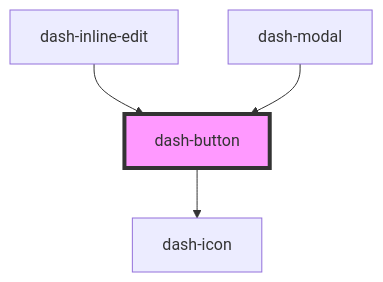
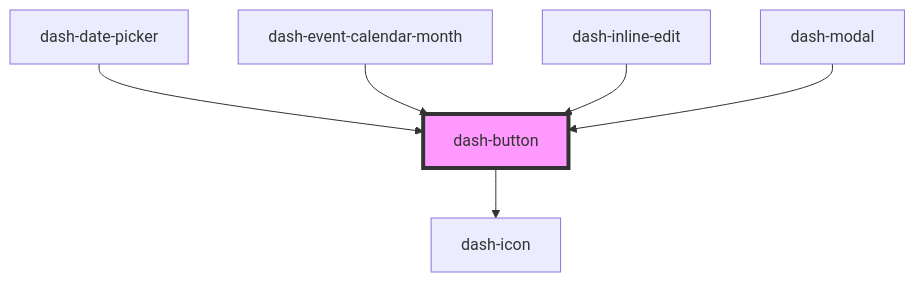
The diagram in packages/dash-components/src/components/dash-button/readme.md (jmanke/dash), drawn with Mermaid before and after one commit. The commit also changed other lines of this file and 15 other files, not shown here.

````diff
--- a/packages/dash-components/src/components/dash-button/readme.md
+++ b/packages/dash-components/src/components/dash-button/readme.md
@@ -44,7 +46,9 @@
 ```mermaid
 graph TD;
   dash-button --> dash-icon
+  dash-date-picker --> dash-button
+  dash-event-calendar-month --> dash-button
   dash-inline-edit --> dash-button
   dash-modal --> dash-button
   style dash-button fill:#f9f,stroke:#333,stroke-width:4px
 ```
````
